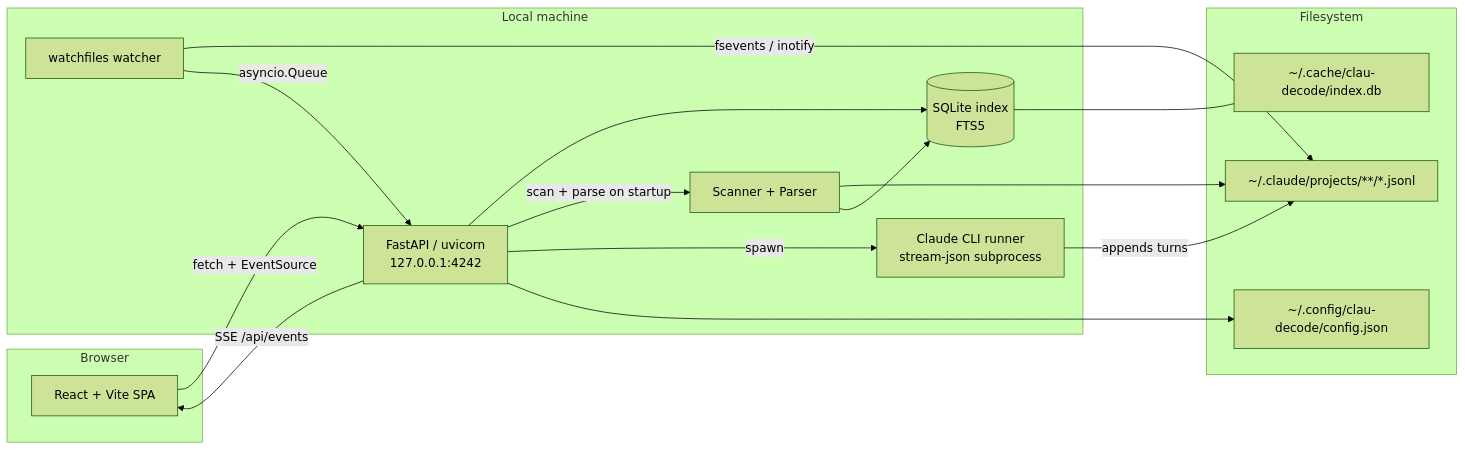
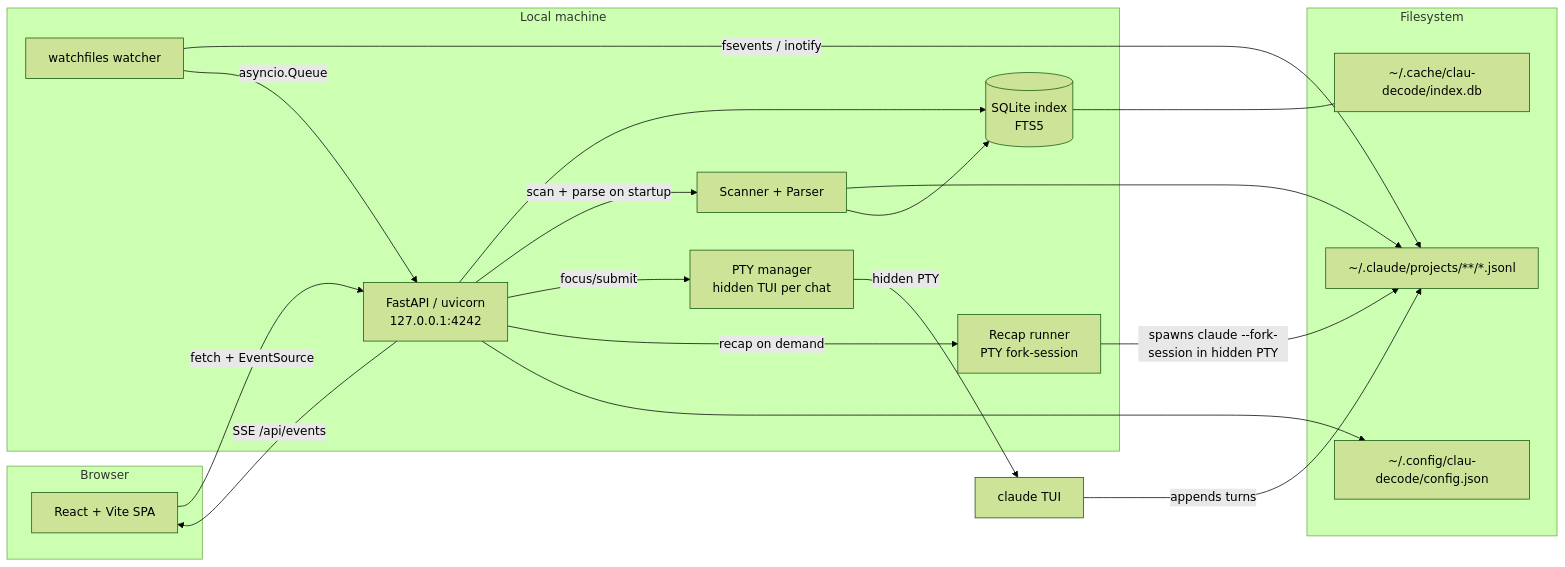
Before and after one commit to Comradery64/Clau-Decode: the diagram in ARCHITECTURE.md, drawn with Mermaid (forest theme). The commit also changed other lines of this file and 188 other files, not shown here.

````diff
--- a/ARCHITECTURE.md
+++ b/ARCHITECTURE.md
@@ -21,33 +22,37 @@
 ```mermaid
 flowchart LR
   subgraph Browser
     SPA[React + Vite SPA]
   end
 
   subgraph LocalMachine[Local machine]
     Server[FastAPI / uvicorn<br/>127.0.0.1:4242]
     DB[(SQLite index<br/>FTS5)]
     Scanner[Scanner + Parser]
     Watcher[watchfiles watcher]
-    Runner[Claude CLI runner<br/>stream-json subprocess]
+    PtyManager[PTY manager<br/>hidden TUI per chat]
+    Recap[Recap runner<br/>PTY fork-session]
   end
 
   subgraph Filesystem[Filesystem]
     JSONL[~/.claude/projects/**/*.jsonl]
     Cfg[~/.config/clau-decode/config.json]
     Cache[~/.cache/clau-decode/index.db]
   end
 
   SPA -->|fetch + EventSource| Server
   Server --> DB
   Server -->|scan + parse on startup| Scanner
   Scanner --> JSONL
   Scanner --> DB
   Watcher -->|fsevents / inotify| JSONL
   Watcher -->|asyncio.Queue| Server
   Server -->|SSE /api/events| SPA
-  Server -->|spawn| Runner
-  Runner -->|appends turns| JSONL
+  Server -->|focus/submit| PtyManager
+  PtyManager -->|hidden PTY| ClaudeTUI[claude TUI]
+  ClaudeTUI -->|appends turns| JSONL
+  Server -->|recap on demand| Recap
+  Recap -->|spawns claude --fork-session in hidden PTY| JSONL
   Server --> Cfg
   DB --- Cache
 ```
````
